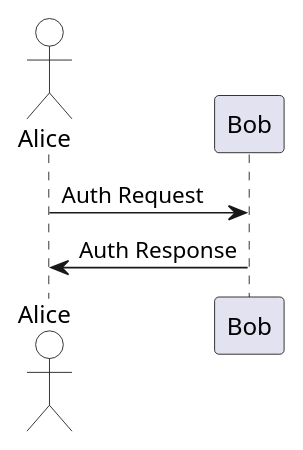
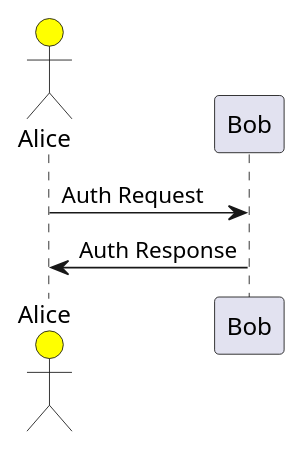
One commit to themarchoffolly/pushme-pullyou changed the diagram in src/uml/sequence.puml. Above: the diagram before and after it, drawn with PlantUML.

```diff
--- a/src/uml/sequence.puml
+++ b/src/uml/sequence.puml
@@ -1,6 +1,6 @@
 @startuml
-actor Alice #white
+actor Alice #yellow
 participant Bob
 Alice->Bob: Auth Request
 Bob->Alice: Auth Response
 @enduml
```
